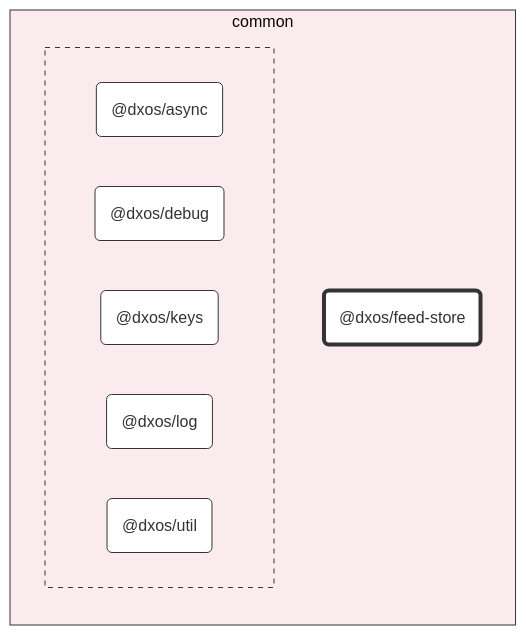
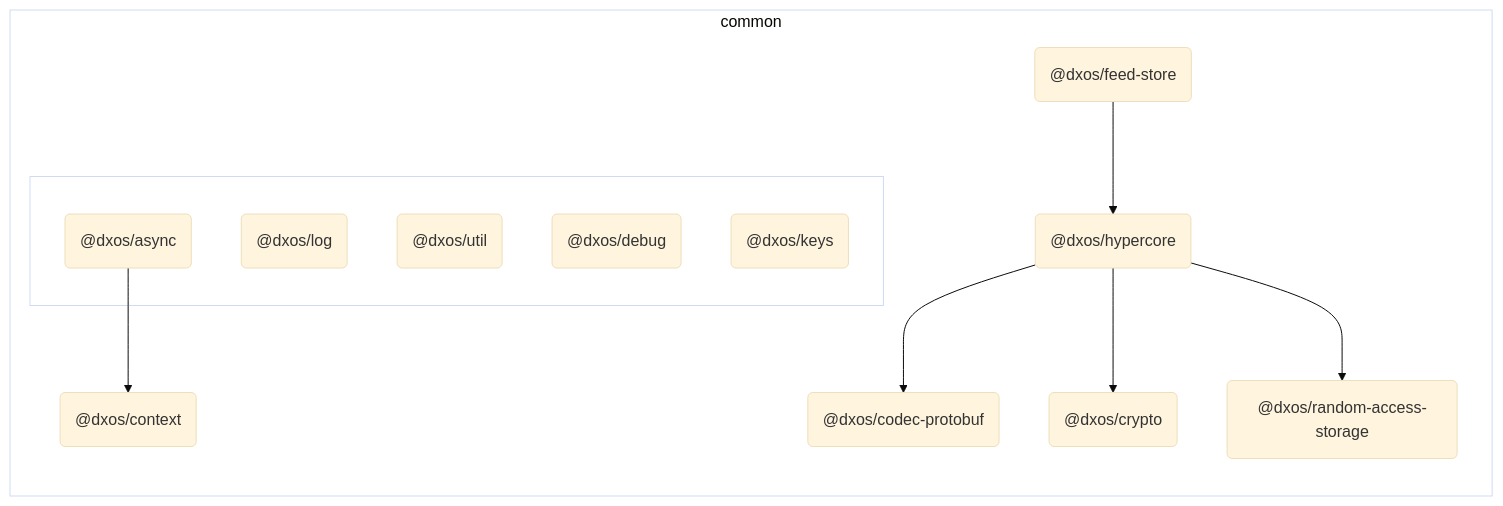
Before and after one commit to dxos/dxos: the third of 3 diagrams in packages/common/feed-store/docs/README.md, drawn with Mermaid (base theme). The commit also changed other lines of this file and 127 other files, not shown here.

````diff
--- a/packages/common/feed-store/docs/README.md
+++ b/packages/common/feed-store/docs/README.md
@@ -7,34 +82,48 @@
 ```mermaid
 %%{ init: {'flowchart':{'curve':'basis'}} }%%
 
 flowchart LR
 
 %% Classes
-classDef def fill:#fff,stroke:#333,stroke-width:1px
-classDef root fill:#fff,stroke:#333,stroke-width:4px
+
+
 
 %% Nodes
 
 subgraph common [common]
-  style common fill:#faebee,stroke:#333
+  style common fill:transparent
   dxos/feed-store("@dxos/feed-store"):::root
   click dxos/feed-store "dxos/dxos/tree/main/packages/common/feed-store/docs"
+  dxos/context("@dxos/context"):::def
+  click dxos/context "dxos/dxos/tree/main/packages/common/context/docs"
+  dxos/codec-protobuf("@dxos/codec-protobuf"):::def
+  click dxos/codec-protobuf "dxos/dxos/tree/main/packages/common/codec-protobuf/docs"
+  dxos/crypto("@dxos/crypto"):::def
+  click dxos/crypto "dxos/dxos/tree/main/packages/common/crypto/docs"
+  dxos/hypercore("@dxos/hypercore"):::def
+  click dxos/hypercore "dxos/dxos/tree/main/packages/common/hypercore/docs"
+  dxos/random-access-storage("@dxos/random-access-storage"):::def
+  click dxos/random-access-storage "dxos/dxos/tree/main/packages/common/random-access-storage/docs"
 
   subgraph _ [ ]
-    style _ fill:#faebee,stroke:#333,stroke-dasharray:5 5
+    style _ fill:transparent
     dxos/async("@dxos/async"):::def
     click dxos/async "dxos/dxos/tree/main/packages/common/async/docs"
+    dxos/log("@dxos/log"):::def
+    click dxos/log "dxos/dxos/tree/main/packages/common/log/docs"
+    dxos/util("@dxos/util"):::def
+    click dxos/util "dxos/dxos/tree/main/packages/common/util/docs"
     dxos/debug("@dxos/debug"):::def
     click dxos/debug "dxos/dxos/tree/main/packages/common/debug/docs"
     dxos/keys("@dxos/keys"):::def
     click dxos/keys "dxos/dxos/tree/main/packages/common/keys/docs"
-    dxos/log("@dxos/log"):::def
-    click dxos/log "dxos/dxos/tree/main/packages/common/log/docs"
-    dxos/util("@dxos/util"):::def
-    click dxos/util "dxos/dxos/tree/main/packages/common/util/docs"
   end
 end
 
 %% Links
-linkStyle default stroke:#333,stroke-width:1px
+dxos/async --> dxos/context
+dxos/feed-store --> dxos/hypercore
+dxos/hypercore --> dxos/codec-protobuf
+dxos/hypercore --> dxos/crypto
+dxos/hypercore --> dxos/random-access-storage
 ```
````
